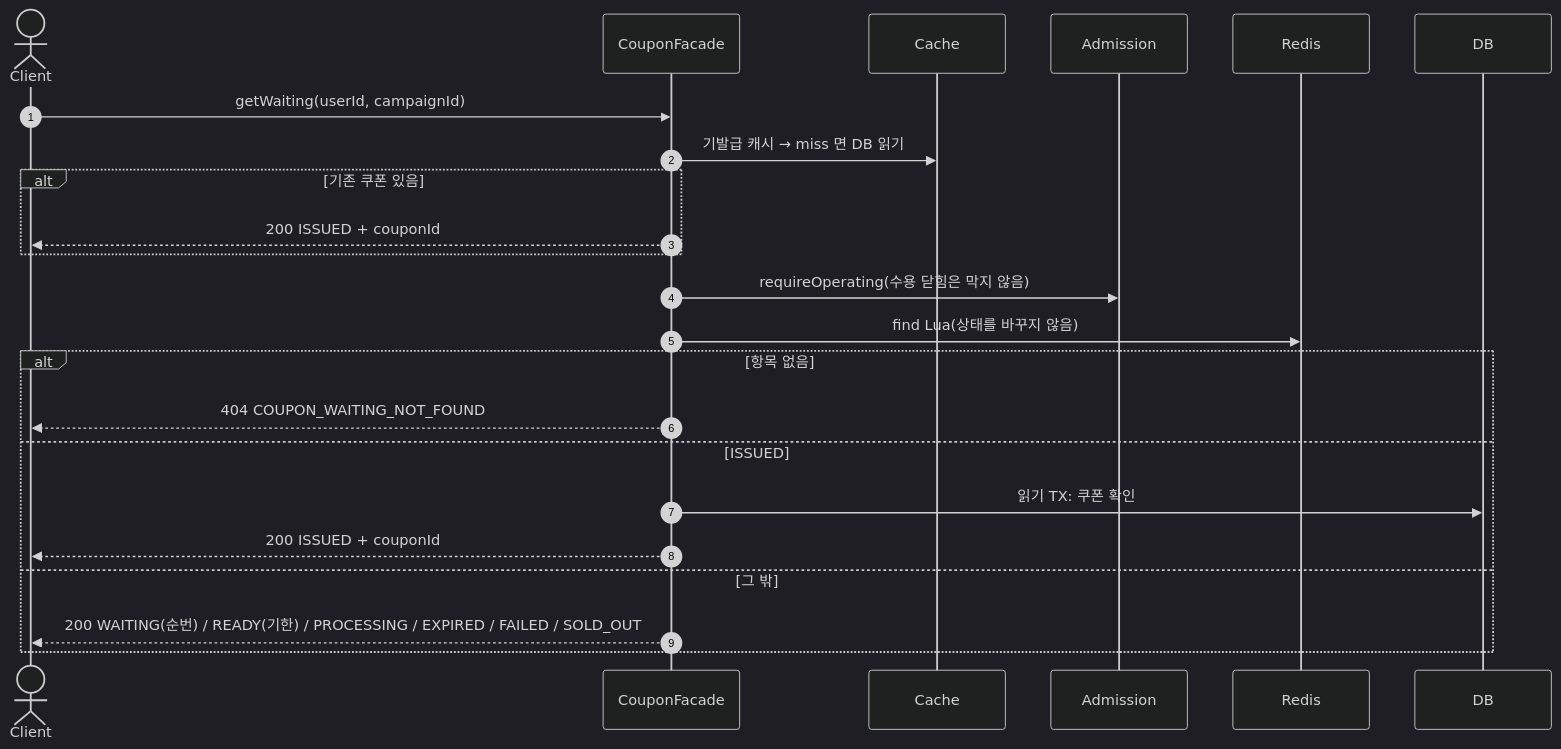
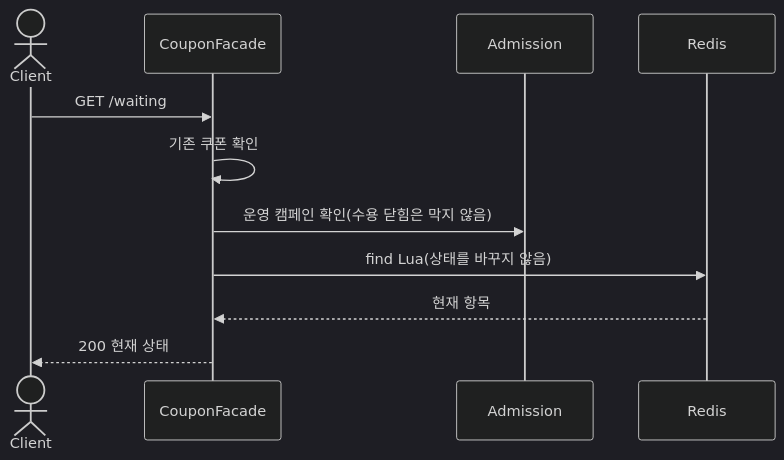
Before and after one commit to loopers-labs/loop-pack-be-l2-vol5-java: the sixth of 6 diagrams in docs/system-design/features/coupon-waiting-flow.md, drawn with Mermaid (dark theme). The commit also changed other lines of this file and 41 other files, not shown here.

````diff
--- a/docs/system-design/features/coupon-waiting-flow.md
+++ b/docs/system-design/features/coupon-waiting-flow.md
@@ -218,26 +179,14 @@
 ```mermaid
 sequenceDiagram
-    autonumber
     actor C as Client
     participant F as CouponFacade
-    participant K as Cache
     participant A as Admission
     participant R as Redis
-    participant D as DB
 
-    C->>F: getWaiting(userId, campaignId)
-    F->>K: 기발급 캐시 → miss 면 DB 읽기
-    alt 기존 쿠폰 있음
-        F-->>C: 200 ISSUED + couponId
-    end
-    F->>A: requireOperating(수용 닫힘은 막지 않음)
+    C->>F: GET /waiting
+    F->>F: 기존 쿠폰 확인
+    F->>A: 운영 캠페인 확인(수용 닫힘은 막지 않음)
     F->>R: find Lua(상태를 바꾸지 않음)
-    alt 항목 없음
-        F-->>C: 404 COUPON_WAITING_NOT_FOUND
-    else ISSUED
-        F->>D: 읽기 TX: 쿠폰 확인
-        F-->>C: 200 ISSUED + couponId
-    else 그 밖
-        F-->>C: 200 WAITING(순번) / READY(기한) / PROCESSING / EXPIRED / FAILED / SOLD_OUT
-    end
+    R-->>F: 현재 항목
+    F-->>C: 200 현재 상태
 ```
````
